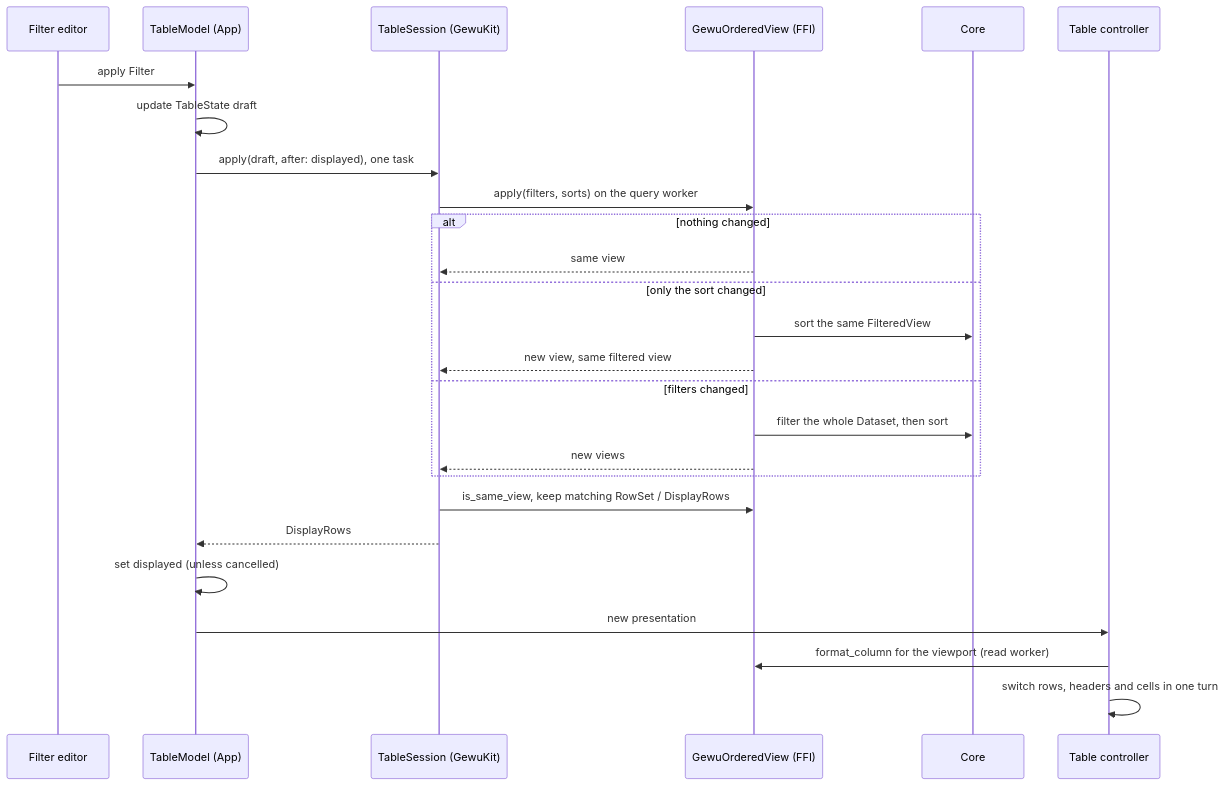
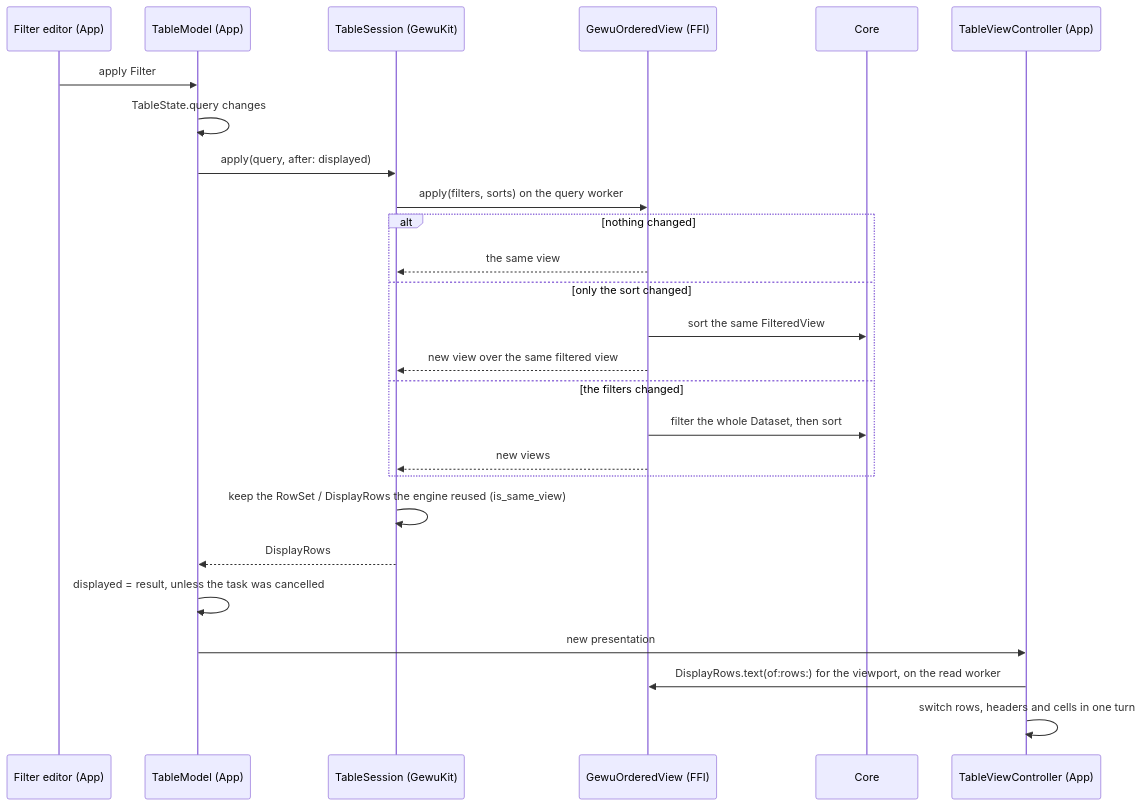
Before and after one commit to wangl-cc/gewu: the second of 2 diagrams in docs/dev/architecture.md, drawn with Mermaid. The commit also changed other lines of this file and 20 other files, not shown here.

First line of the commit message:
docs: record only weighed trade-offs and keep each fact in one place

````diff
--- a/docs/dev/architecture.md
+++ b/docs/dev/architecture.md
@@ -46,28 +61,28 @@
 ```mermaid
 sequenceDiagram
-  participant E as Filter editor
+  participant E as Filter editor (App)
   participant M as TableModel (App)
   participant S as TableSession (GewuKit)
-  participant F as GewuOrderedView (FFI)
+  participant V as GewuOrderedView (FFI)
   participant C as Core
-  participant T as Table controller
+  participant T as TableViewController (App)
   E->>M: apply Filter
-  M->>M: update TableState draft
-  M->>S: apply(draft, after: displayed), one task
-  S->>F: apply(filters, sorts) on the query worker
+  M->>M: TableState.query changes
+  M->>S: apply(query, after: displayed)
+  S->>V: apply(filters, sorts) on the query worker
   alt nothing changed
-    F-->>S: same view
+    V-->>S: the same view
   else only the sort changed
-    F->>C: sort the same FilteredView
-    F-->>S: new view, same filtered view
-  else filters changed
-    F->>C: filter the whole Dataset, then sort
-    F-->>S: new views
+    V->>C: sort the same FilteredView
+    V-->>S: new view over the same filtered view
+  else the filters changed
+    V->>C: filter the whole Dataset, then sort
+    V-->>S: new views
   end
-  S->>F: is_same_view, keep matching RowSet / DisplayRows
+  S->>S: keep the RowSet / DisplayRows the engine reused (is_same_view)
   S-->>M: DisplayRows
-  M->>M: set displayed (unless cancelled)
+  M->>M: displayed = result, unless the task was cancelled
   M->>T: new presentation
-  T->>F: format_column for the viewport (read worker)
+  T->>V: DisplayRows.text(of:rows:) for the viewport, on the read worker
   T->>T: switch rows, headers and cells in one turn
 ```
````
